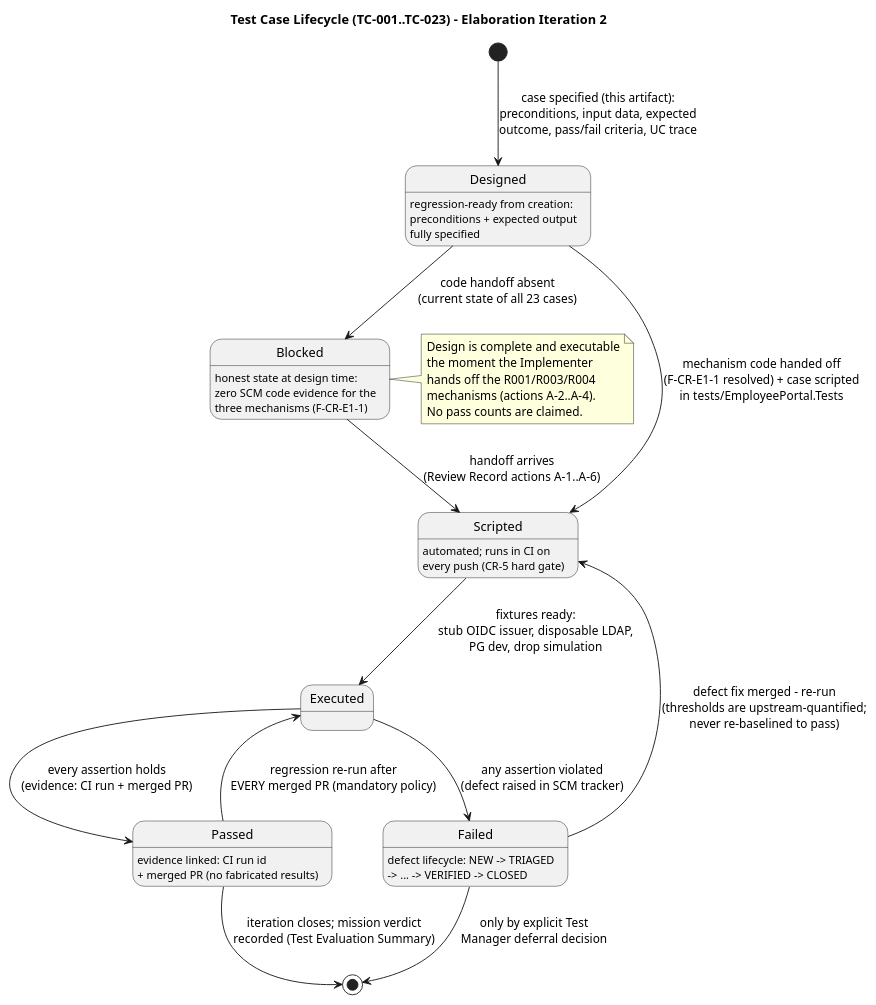
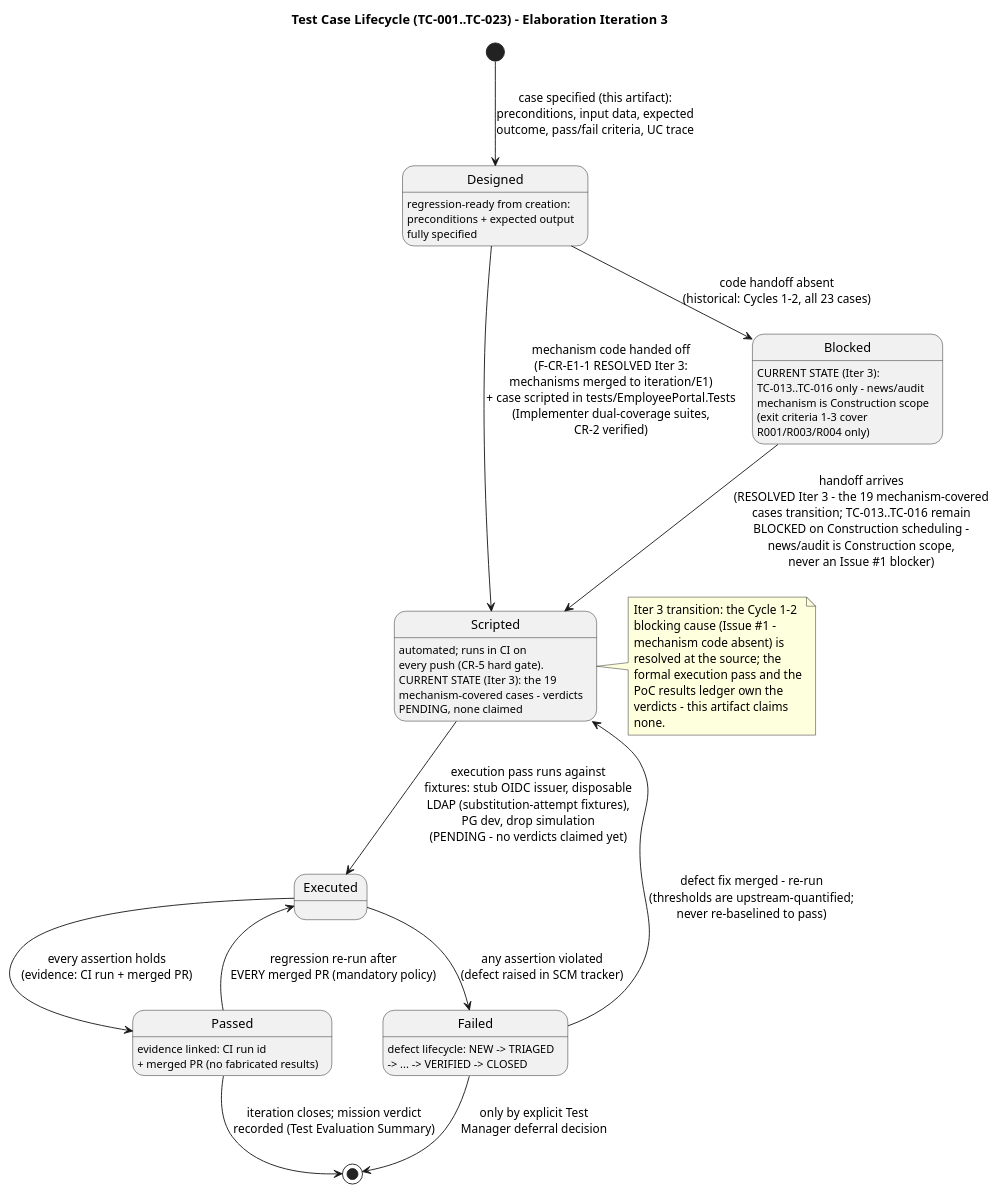
Before and after one commit to banense-test/employee-portal: the fourth of 8 diagrams in docs/artifacts/test/test-case.md, drawn with PlantUML. The commit also changed other lines of this file, not shown here.

First line of the commit message:
Test Designer [E3]: upsert Test Case

````diff
--- a/docs/artifacts/test/test-case.md
+++ b/docs/artifacts/test/test-case.md
@@ -225,44 +219,47 @@
 ```plantuml
 @startuml
-title Test Case Lifecycle (TC-001..TC-023) - Elaboration Iteration 2
+title Test Case Lifecycle (TC-001..TC-023) - Elaboration Iteration 3
 
 state "Designed" as DESIGNED
 state "Scripted" as SCRIPTED
 state "Blocked" as BLOCKED
 state "Executed" as EXECUTED
 state "Passed" as PASSED
 state "Failed" as FAILED
 
 [*] --> DESIGNED : case specified (this artifact):\npreconditions, input data, expected\noutcome, pass/fail criteria, UC trace
 
-DESIGNED --> SCRIPTED : mechanism code handed off\n(F-CR-E1-1 resolved) + case scripted\nin tests/EmployeePortal.Tests
-DESIGNED --> BLOCKED : code handoff absent\n(current state of all 23 cases)
+DESIGNED --> SCRIPTED : mechanism code handed off\n(F-CR-E1-1 RESOLVED Iter 3:\nmechanisms merged to iteration/E1)\n+ case scripted in tests/EmployeePortal.Tests\n(Implementer dual-coverage suites,\nCR-2 verified)
+DESIGNED --> BLOCKED : code handoff absent\n(historical: Cycles 1-2, all 23 cases)
 
-BLOCKED --> SCRIPTED : handoff arrives\n(Review Record actions A-1..A-6)
+BLOCKED --> SCRIPTED : handoff arrives\n(RESOLVED Iter 3 - the 19 mechanism-covered\ncases transition; TC-013..TC-016 remain\nBLOCKED on Construction scheduling -\nnews/audit is Construction scope,\nnever an Issue #1 blocker)
 
-SCRIPTED --> EXECUTED : fixtures ready:\nstub OIDC issuer, disposable LDAP,\nPG dev, drop simulation
+SCRIPTED --> EXECUTED : execution pass runs against\nfixtures: stub OIDC issuer, disposable\nLDAP (substitution-attempt fixtures),\nPG dev, drop simulation\n(PENDING - no verdicts claimed yet)
 
 EXECUTED --> PASSED : every assertion holds\n(evidence: CI run + merged PR)
 EXECUTED --> FAILED : any assertion violated\n(defect raised in SCM tracker)
 
 FAILED --> SCRIPTED : defect fix merged - re-run\n(thresholds are upstream-quantified;\nnever re-baselined to pass)
 PASSED --> EXECUTED : regression re-run after\nEVERY merged PR (mandatory policy)
 
 PASSED --> [*] : iteration closes; mission verdict\nrecorded (Test Evaluation Summary)
 FAILED --> [*] : only by explicit Test\nManager deferral decision
 
 DESIGNED : regression-ready from creation:\npreconditions + expected output\nfully specified
-SCRIPTED : automated; runs in CI on\nevery push (CR-5 hard gate)
-BLOCKED : honest state at design time:\nzero SCM code evidence for the\nthree mechanisms (F-CR-E1-1)
+SCRIPTED : automated; runs in CI on\nevery push (CR-5 hard gate).\nCURRENT STATE (Iter 3): the 19\nmechanism-covered cases - verdicts\nPENDING, none claimed
+BLOCKED : CURRENT STATE (Iter 3):\nTC-013..TC-016 only - news/audit\nmechanism is Construction scope\n(exit criteria 1-3 cover\nR001/R003/R004 only)
 PASSED : evidence linked: CI run id\n+ merged PR (no fabricated results)
 FAILED : defect lifecycle: NEW -> TRIAGED\n-> ... -> VERIFIED -> CLOSED
 
-note right of BLOCKED
-  Design is complete and executable
-  the moment the Implementer
-  hands off the R001/R003/R004
-  mechanisms (actions A-2..A-4).
-  No pass counts are claimed.
+note right of SCRIPTED
+  Iter 3 transition: the Cycle 1-2
+  blocking cause (Issue #1 -
+  mechanism code absent) is
+  resolved at the source; the
+  formal execution pass and the
+  PoC results ledger own the
+  verdicts - this artifact claims
+  none.
 end note
 @enduml
 ```
````
